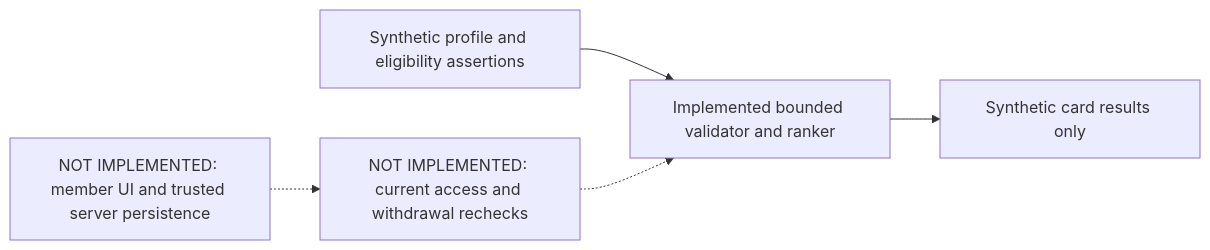
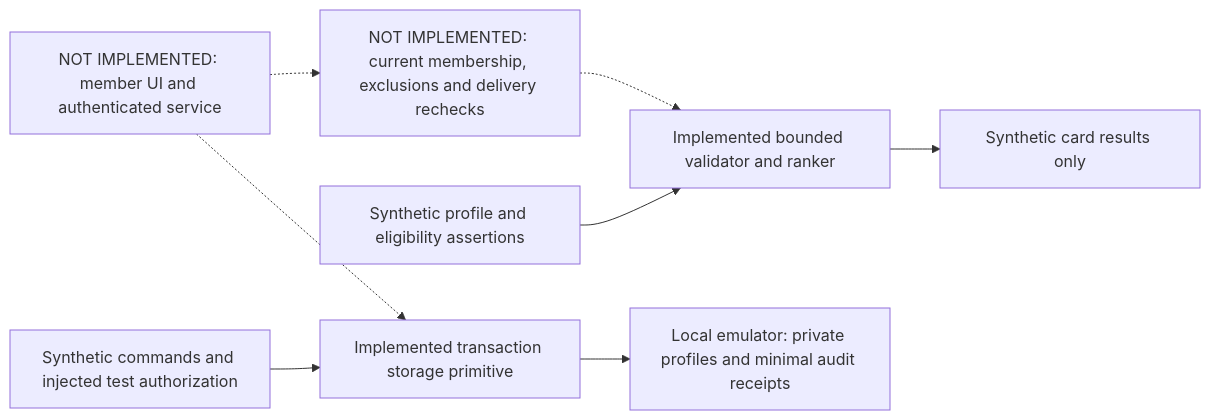
Before and after one commit to Run-MPRC/Run-MPRC.github.io: the diagram in docs/RUNNER_CONNECTIONS.md, drawn with Mermaid. The commit also changed other lines of this file and 15 other files, not shown here.

Commit message:
Add private runner profile persistence and adult self-attestation

````diff
--- a/docs/RUNNER_CONNECTIONS.md
+++ b/docs/RUNNER_CONNECTIONS.md
@@ -59,7 +95,10 @@
 ```mermaid
 flowchart LR
   Fixture["Synthetic profile and eligibility assertions"] --> Core["Implemented bounded validator and ranker"]
   Core --> Cards["Synthetic card results only"]
-  Future["NOT IMPLEMENTED: member UI and trusted server persistence"] -.-> Recheck["NOT IMPLEMENTED: current access and withdrawal rechecks"]
+  Commands["Synthetic commands and injected test authorization"] --> Store["Implemented transaction storage primitive"]
+  Store --> Private["Local emulator: private profiles and minimal audit receipts"]
+  Future["NOT IMPLEMENTED: member UI and authenticated service"] -.-> Store
+  Future -.-> Recheck["NOT IMPLEMENTED: current membership, exclusions and delivery rechecks"]
   Recheck -.-> Core
 ```
````
